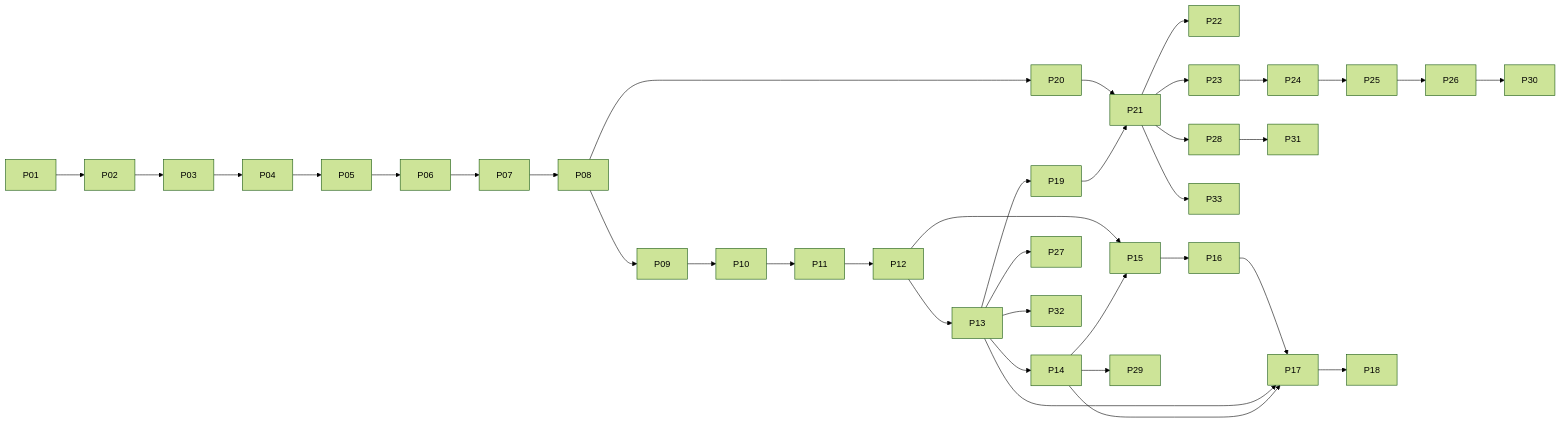
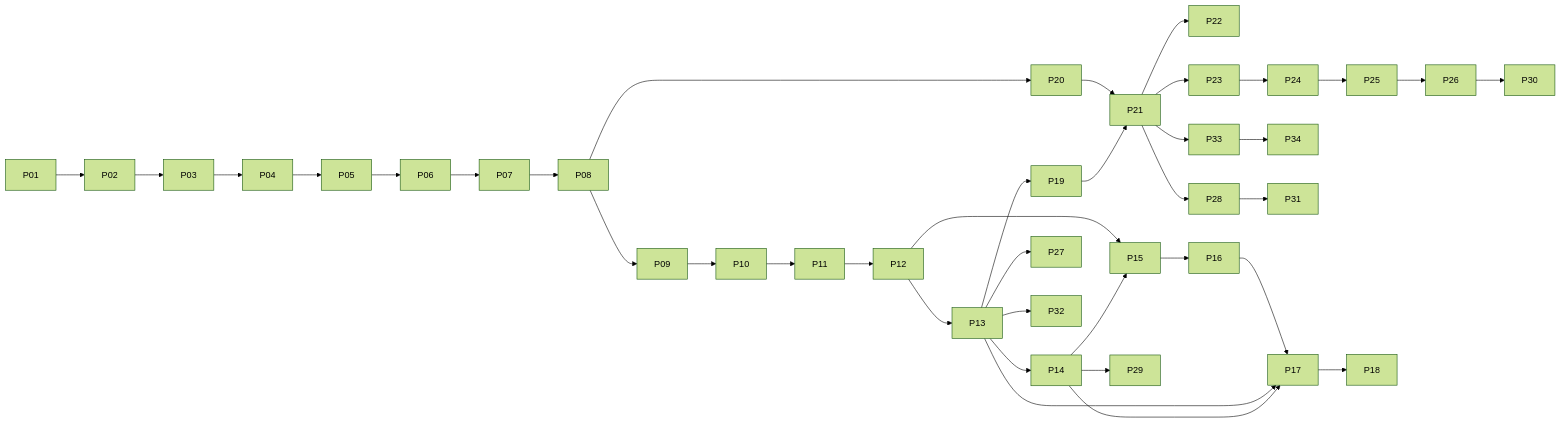
One commit to takemo101/ambien changed the diagram in docs/implementation-plan.md. Above: the diagram before and after it, drawn with Mermaid (forest theme). The commit also changed other lines of this file and 10 other files, not shown here.

````diff
--- a/docs/implementation-plan.md
+++ b/docs/implementation-plan.md
@@ -108,23 +108,24 @@
 ```mermaid
 flowchart LR
  P01 --> P02 --> P03 --> P04 --> P05 --> P06 --> P07 --> P08 --> P09 --> P10 --> P11 --> P12 --> P13 --> P14
  P12 --> P15
  P13 --> P19
  P08 --> P20
  P20 --> P21
  P19 --> P21
  P21 --> P22
  P21 --> P23
  P23 --> P24 --> P25
  P13 --> P27
  P21 --> P28
  P14 --> P29
  P21 --> P33
+ P33 --> P34
  P26 --> P30
  P28 --> P31
  P13 --> P32
  P25 --> P26
  P14 --> P15 --> P16 --> P17 --> P18
  P13 --> P17
  P14 --> P17
 ```
````
